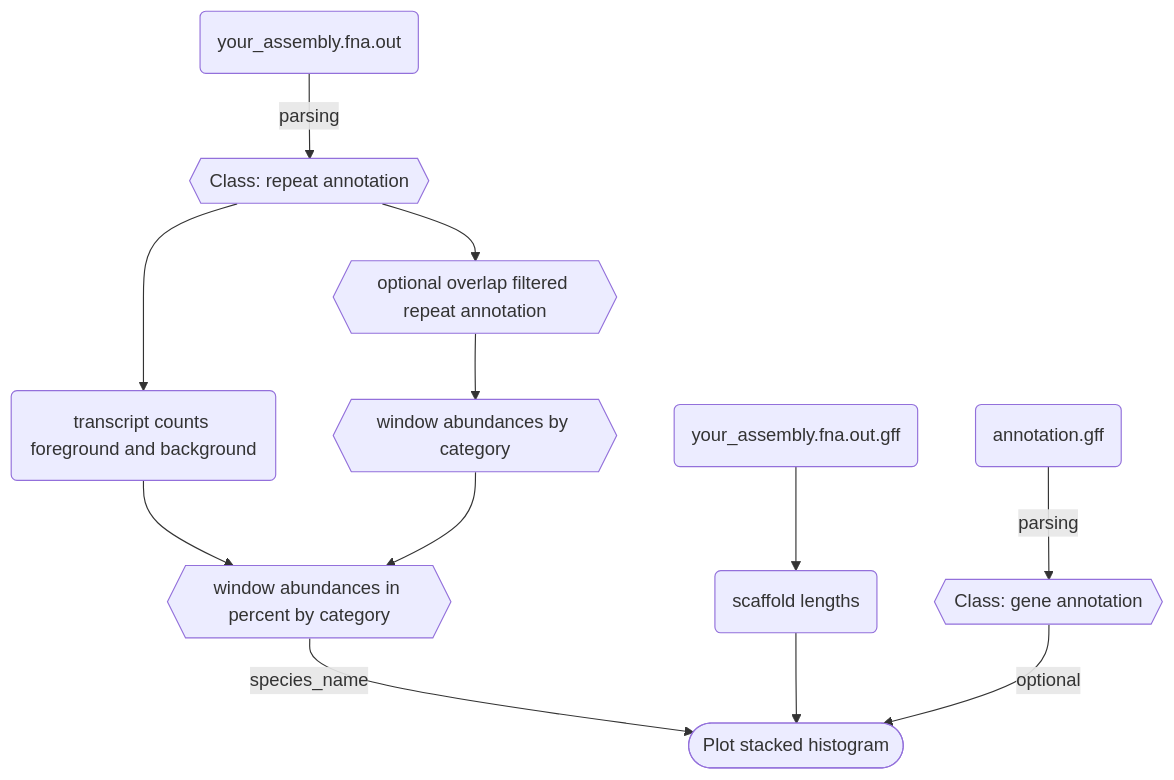
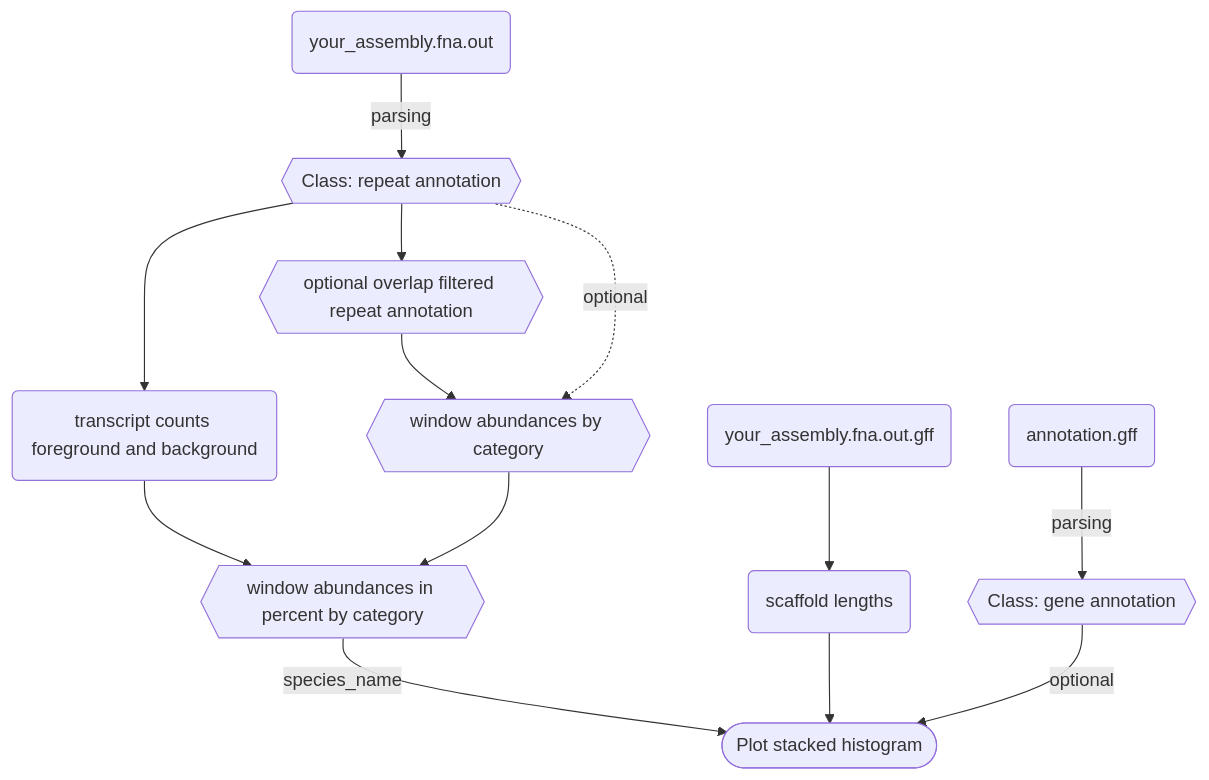
One commit to milena-t/ReVis changed the first of 2 diagrams in README.md. Above: the diagram before and after it, drawn with Mermaid.

````diff
--- a/README.md
+++ b/README.md
@@ -68,22 +68,23 @@
 ```mermaid
 graph TD;
     infile_out(your_assembly.fna.out);
     infile_out -- parsing --> rep_annot{{Class: repeat annotation}};
 
     infile_annot(annotation.gff);
     infile_annot -- parsing --> gene_annot{{Class: gene annotation}};
     
     rep_annot --> overlap_filt{{optional overlap filtered repeat annotation}};
     overlap_filt --> win_ab{{window abundances by category}};
+    rep_annot -. optional .-> win_ab
     
     rep_annot --> tr_count(transcript counts foreground and background);
     tr_count --> win_prop{{window abundances in percent by category}}
     win_ab --> win_prop
     
     infile_gff(your_assembly.fna.out.gff);
     infile_gff --> contig_coords(scaffold lengths);
     
     win_prop -- species_name --> plot([Plot stacked histogram])
     contig_coords --> plot
     gene_annot -- optional --> plot
 ```   
````
